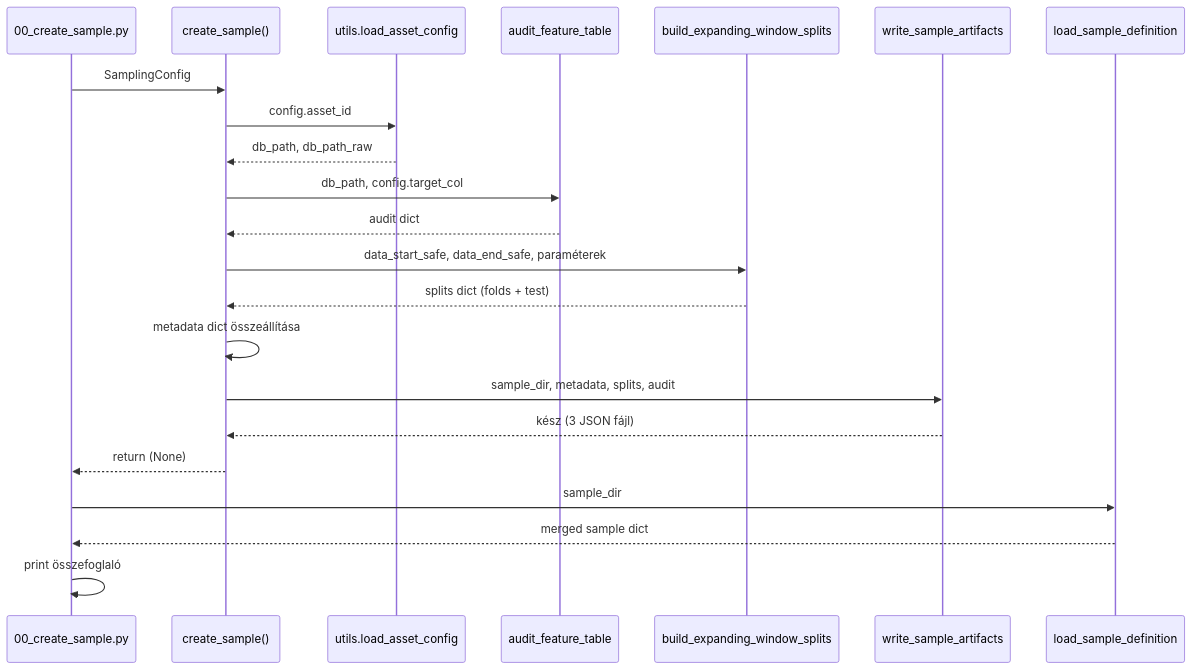
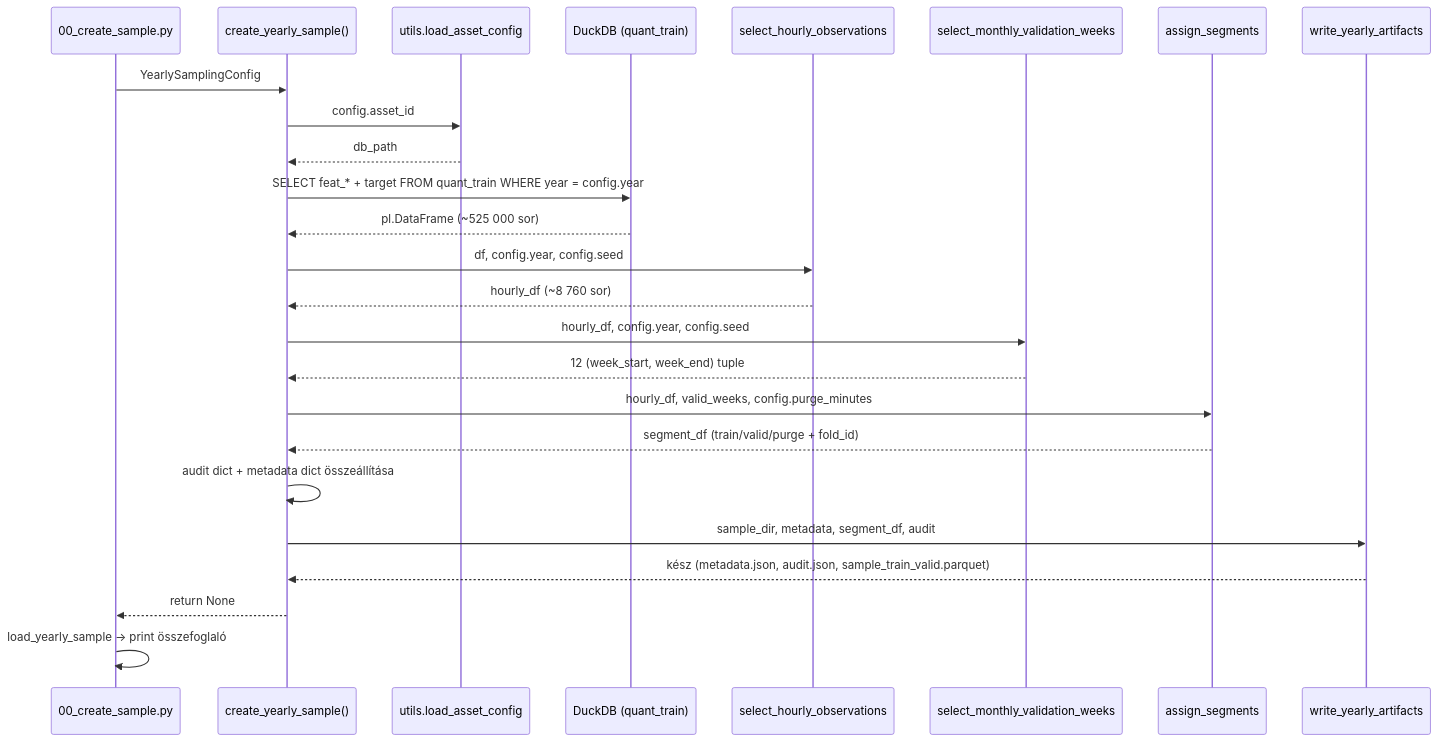
One commit to Nemesis14/chronoquant changed the diagram in _doc_/5300_create_sample.md. Above: the diagram before and after it, drawn with Mermaid. The commit also changed other lines of this file and 267 other files, not shown here.

````diff
--- a/_doc_/5300_create_sample.md
+++ b/_doc_/5300_create_sample.md
@@ -15,25 +15,28 @@
 ```mermaid
 sequenceDiagram
   participant CLI as 00_create_sample.py
-  participant CS as create_sample()
+  participant CS as create_yearly_sample()
   participant U as utils.load_asset_config
-  participant A as audit_feature_table
-  participant S as build_expanding_window_splits
-  participant W as write_sample_artifacts
-  participant LD as load_sample_definition
+  participant DB as DuckDB (quant_train)
+  participant HS as select_hourly_observations
+  participant MV as select_monthly_validation_weeks
+  participant AS as assign_segments
+  participant W as write_yearly_artifacts
 
-  CLI ->> CS: SamplingConfig
+  CLI ->> CS: YearlySamplingConfig
   CS ->> U: config.asset_id
-  U -->> CS: db_path, db_path_raw
-  CS ->> A: db_path, config.target_col
-  A -->> CS: audit dict
-  CS ->> S: data_start_safe, data_end_safe, paraméterek
-  S -->> CS: splits dict (folds + test)
-  CS ->> CS: metadata dict összeállítása
-  CS ->> W: sample_dir, metadata, splits, audit
-  W -->> CS: kész (3 JSON fájl)
-  CS -->> CLI: return (None)
-  CLI ->> LD: sample_dir
-  LD -->> CLI: merged sample dict
-  CLI ->> CLI: print összefoglaló
+  U -->> CS: db_path
+  CS ->> DB: SELECT feat_* + target FROM quant_train WHERE year = config.year
+  DB -->> CS: pl.DataFrame (~525 000 sor)
+  CS ->> HS: df, config.year, config.seed
+  HS -->> CS: hourly_df (~8 760 sor)
+  CS ->> MV: hourly_df, config.year, config.seed
+  MV -->> CS: 12 (week_start, week_end) tuple
+  CS ->> AS: hourly_df, valid_weeks, config.purge_minutes
+  AS -->> CS: segment_df (train/valid/purge + fold_id)
+  CS ->> CS: audit dict + metadata dict összeállítása
+  CS ->> W: sample_dir, metadata, segment_df, audit
+  W -->> CS: kész (metadata.json, audit.json, sample_train_valid.parquet)
+  CS -->> CLI: return None
+  CLI ->> CLI: load_yearly_sample → print összefoglaló
 ```
````
